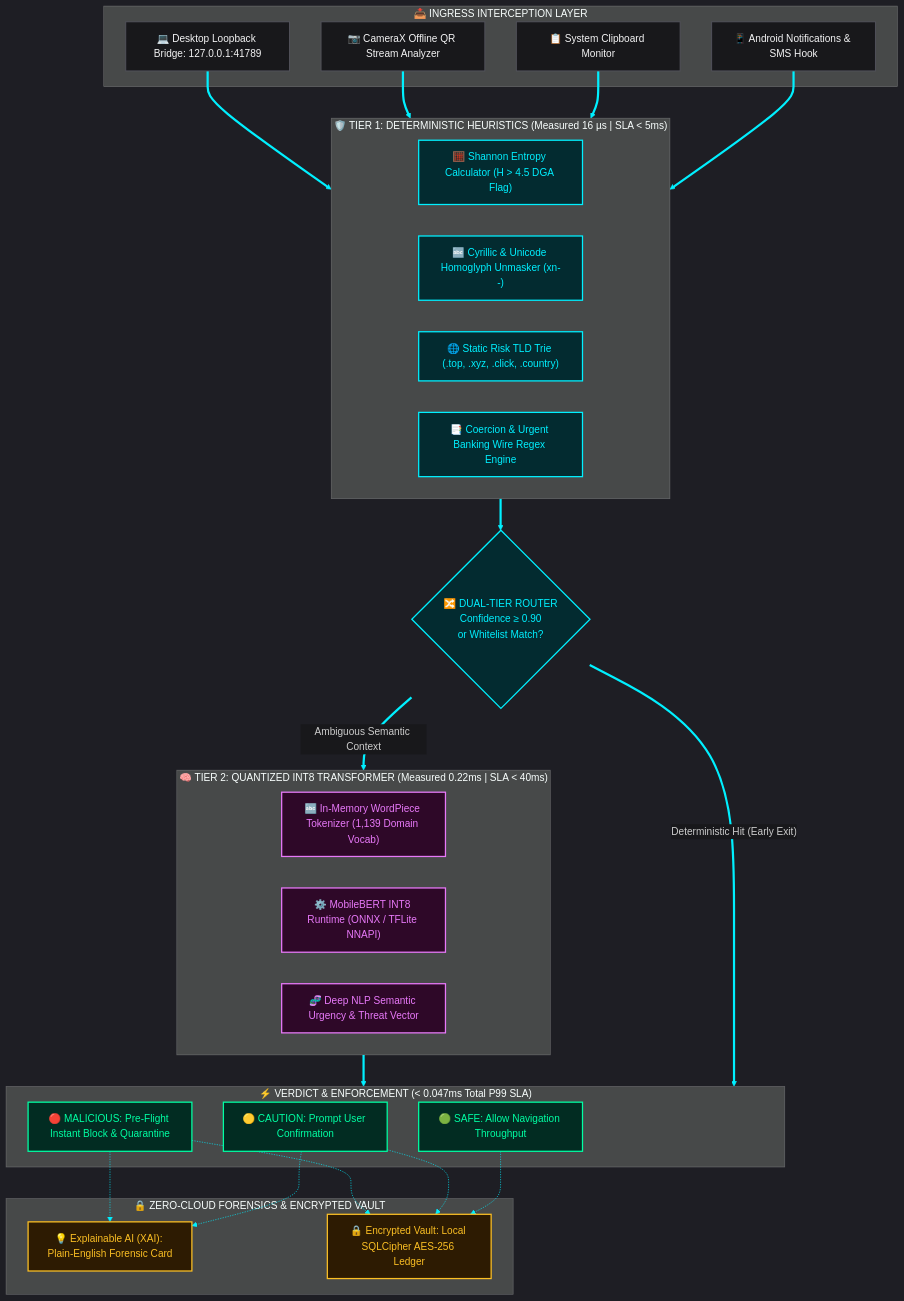
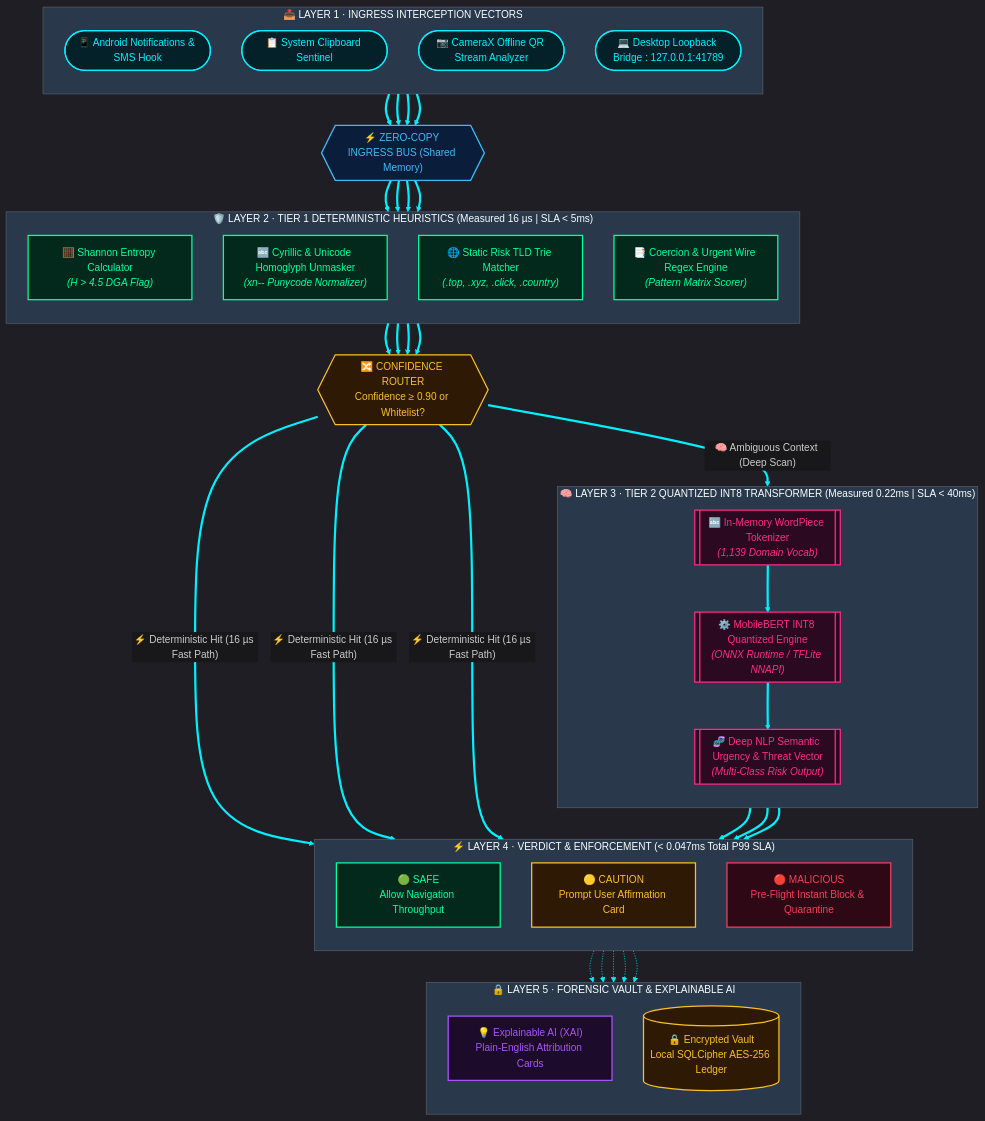
Before and after one commit to CODER0890/PocketSparrow: the first of 4 diagrams in README.md, drawn with Mermaid. The commit also changed other lines of this file, not shown here.

Commit message:
docs: add animated cyber themes, vibrant architecture pipeline, and interactive VS Code monorepo explorer

````diff
--- a/README.md
+++ b/README.md
@@ -110,58 +116,75 @@
 ```mermaid
-%%{init: {'theme': 'dark', 'themeVariables': { 'darkMode': true, 'background': '#09090b', 'primaryColor': '#00f0ff', 'primaryTextColor': '#ffffff', 'lineColor': '#00f0ff', 'edgeLabelBackground':'#18181b' }}}%%
+%%{init: {
+  'theme': 'dark',
+  'themeVariables': {
+    'darkMode': true,
+    'background': '#09090B',
+    'mainBkg': '#0D1117',
+    'primaryColor': '#00F0FF',
+    'primaryTextColor': '#FFFFFF',
+    'lineColor': '#00F0FF',
+    'edgeLabelBackground':'#18181B'
+  }
+}}%%
 flowchart TD
-    subgraph INGRESS["📥 INGRESS INTERCEPTION LAYER"]
-        I1["📱 Android Notifications & SMS Hook"]
-        I2["📋 System Clipboard Monitor"]
-        I3["📷 CameraX Offline QR Stream Analyzer"]
-        I4["💻 Desktop Loopback Bridge: 127.0.0.1:41789"]
+    subgraph INGRESS["📥 LAYER 1 · INGRESS INTERCEPTION VECTORS"]
+        direction TB
+        I1(["📱 Android Notifications & SMS Hook"]):::cyan
+        I2(["📋 System Clipboard Sentinel"]):::cyan
+        I3(["📷 CameraX Offline QR Stream Analyzer"]):::cyan
+        I4(["💻 Desktop Loopback Bridge : 127.0.0.1:41789"]):::cyan
     end
 
-    subgraph T1["🛡️ TIER 1: DETERMINISTIC HEURISTICS (Measured 16 µs | SLA &lt; 5ms)"]
-        H1["🧮 Shannon Entropy Calculator (H &gt; 4.5 DGA Flag)"]
-        H2["🔤 Cyrillic & Unicode Homoglyph Unmasker (xn--)"]
-        H3["🌐 Static Risk TLD Trie (.top, .xyz, .click, .country)"]
-        H4["📑 Coercion & Urgent Banking Wire Regex Engine"]
+    BUS{{"⚡ ZERO-COPY INGRESS BUS (Shared Memory)"}}:::blue
+
+    subgraph T1["🛡️ LAYER 2 · TIER 1 DETERMINISTIC HEURISTICS (Measured 16 µs | SLA < 5ms)"]
+        direction TB
+        H1["🧮 Shannon Entropy Calculator<br/><i>(H > 4.5 DGA Flag)</i>"]:::emerald
+        H2["🔤 Cyrillic & Unicode Homoglyph Unmasker<br/><i>(xn-- Punycode Normalizer)</i>"]:::emerald
+        H3["🌐 Static Risk TLD Trie Matcher<br/><i>(.top, .xyz, .click, .country)</i>"]:::emerald
+        H4["📑 Coercion & Urgent Wire Regex Engine<br/><i>(Pattern Matrix Scorer)</i>"]:::emerald
     end
 
-    ROUTER{"🔀 DUAL-TIER ROUTER<br/>Confidence &ge; 0.90<br/>or Whitelist Match?"}
+    ROUTER{{"🔀 CONFIDENCE ROUTER<br/>Confidence ≥ 0.90 or Whitelist?"}}:::amber
 
-    subgraph T2["🧠 TIER 2: QUANTIZED INT8 TRANSFORMER (Measured 0.22ms | SLA &lt; 40ms)"]
-        M1["🔤 In-Memory WordPiece Tokenizer (1,139 Domain Vocab)"]
-        M2["⚙️ MobileBERT INT8 Runtime (ONNX / TFLite NNAPI)"]
-        M3["🧬 Deep NLP Semantic Urgency & Threat Vector"]
+    subgraph T2["🧠 LAYER 3 · TIER 2 QUANTIZED INT8 TRANSFORMER (Measured 0.22ms | SLA < 40ms)"]
+        direction TB
+        M1[["🔤 In-Memory WordPiece Tokenizer<br/><i>(1,139 Domain Vocab)</i>"]]:::magenta
+        M2[["⚙️ MobileBERT INT8 Quantized Engine<br/><i>(ONNX Runtime / TFLite NNAPI)</i>"]]:::magenta
+        M3[["🧬 Deep NLP Semantic Urgency & Threat Vector<br/><i>(Multi-Class Risk Output)</i>"]]:::magenta
     end
 
-    subgraph VERDICT["⚡ VERDICT & ENFORCEMENT (&lt; 0.047ms Total P99 SLA)"]
-        V1["🟢 SAFE: Allow Navigation Throughput"]
-        V2["🟡 CAUTION: Prompt User Confirmation"]
-        V3["🔴 MALICIOUS: Pre-Flight Instant Block & Quarantine"]
+    subgraph ENFORCE["⚡ LAYER 4 · VERDICT & ENFORCEMENT (< 0.047ms Total P99 SLA)"]
+        direction TB
+        V1["🟢 SAFE<br/>Allow Navigation Throughput"]:::safe
+        V2["🟡 CAUTION<br/>Prompt User Affirmation Card"]:::caution
+        V3["🔴 MALICIOUS<br/>Pre-Flight Instant Block & Quarantine"]:::danger
     end
 
-    subgraph FORENSICS["🔒 ZERO-CLOUD FORENSICS & ENCRYPTED VAULT"]
-        XAI["💡 Explainable AI (XAI): Plain-English Forensic Card"]
-        VAULT["🔒 Encrypted Vault: Local SQLCipher AES-256 Ledger"]
+    subgraph FORENSICS["🔒 LAYER 5 · FORENSIC VAULT & EXPLAINABLE AI"]
+        direction TB
+        XAI["💡 Explainable AI (XAI)<br/>Plain-English Attribution Cards"]:::violet
+        VAULT[("🔒 Encrypted Vault<br/>Local SQLCipher AES-256 Ledger")]:::amber
     end
 
-    I1 & I2 & I3 & I4 ==> T1
-    T1 ==> ROUTER
-    ROUTER == "Deterministic Hit (Early Exit)" ==> VERDICT
-    ROUTER == "Ambiguous Semantic Context" ==> T2
-    T2 ==> VERDICT
+    I1 & I2 & I3 & I4 ==> BUS
+    BUS ==> H1 & H2 & H3 & H4
+    H1 & H2 & H3 & H4 ==> ROUTER
+    ROUTER == "⚡ Deterministic Hit (16 µs Fast Path)" ==> V1 & V2 & V3
+    ROUTER == "🧠 Ambiguous Context (Deep Scan)" ==> M1
+    M1 ==> M2 ==> M3
+    M3 ==> V1 & V2 & V3
     V1 -.-> VAULT
     V2 & V3 -.-> XAI
     V2 & V3 -.-> VAULT
 
-    classDef cyan fill:#032b30,stroke:#00f0ff,stroke-width:2px,color:#00f0ff;
-    classDef magenta fill:#2e0828,stroke:#e879f9,stroke-width:2px,color:#e879f9;
-    classDef emerald fill:#022c22,stroke:#00ffa3,stroke-width:2px,color:#00ffa3;
-    classDef amber fill:#2d1b02,stroke:#fbbf24,stroke-width:2px,color:#fbbf24;
-    classDef neutral fill:#18181b,stroke:#52525b,stroke-width:1.5px,color:#f4f4f5;
-
-    class I1,I2,I3,I4 neutral;
-    class H1,H2,H3,H4 cyan;
-    class M1,M2,M3 magenta;
-    class V1,V2,V3 emerald;
-    class XAI,VAULT amber;
-    class ROUTER cyan;
+    classDef cyan fill:#042129,stroke:#00F0FF,stroke-width:2px,color:#00F0FF;
+    classDef emerald fill:#02291C,stroke:#00FFA3,stroke-width:2px,color:#00FFA3;
+    classDef magenta fill:#2B0920,stroke:#FF2A85,stroke-width:2px,color:#FF2A85;
+    classDef amber fill:#2E1A04,stroke:#FBBF24,stroke-width:2px,color:#FBBF24;
+    classDef violet fill:#1C0B2B,stroke:#A855F7,stroke-width:2px,color:#A855F7;
+    classDef blue fill:#0A1D3A,stroke:#38BDF8,stroke-width:2px,color:#38BDF8;
+    classDef safe fill:#02291C,stroke:#00FFA3,stroke-width:2px,color:#00FFA3;
+    classDef caution fill:#2E1A04,stroke:#FBBF24,stroke-width:2px,color:#FBBF24;
+    classDef danger fill:#2E0814,stroke:#F43F5E,stroke-width:2px,color:#F43F5E;
 ```
````
